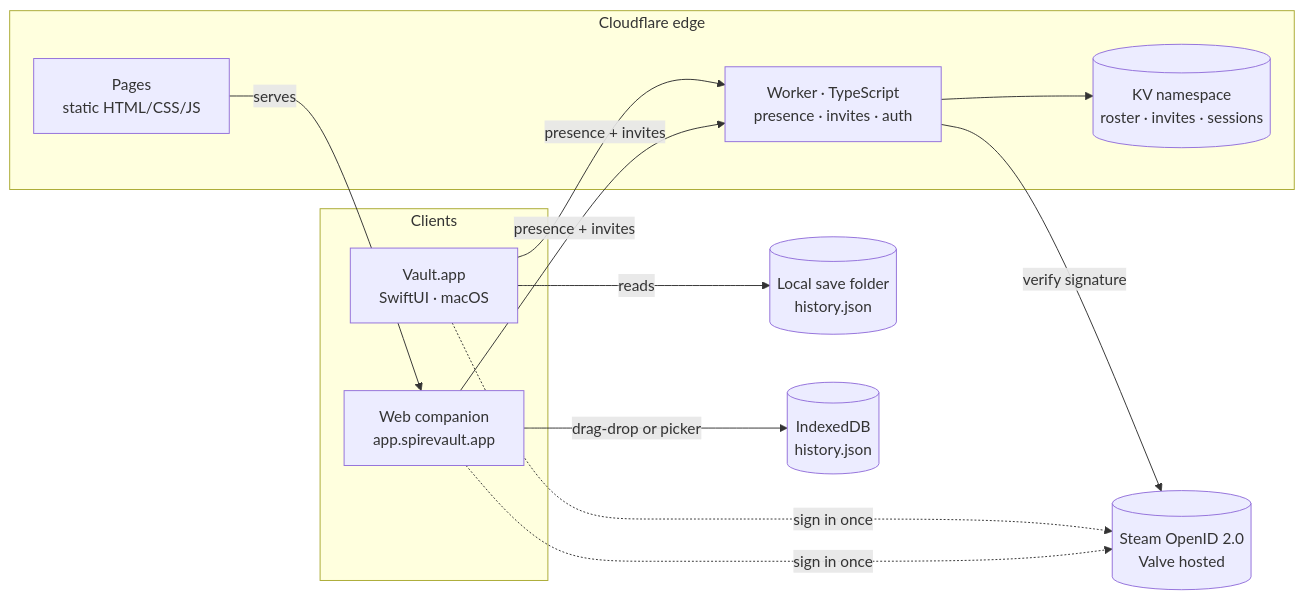
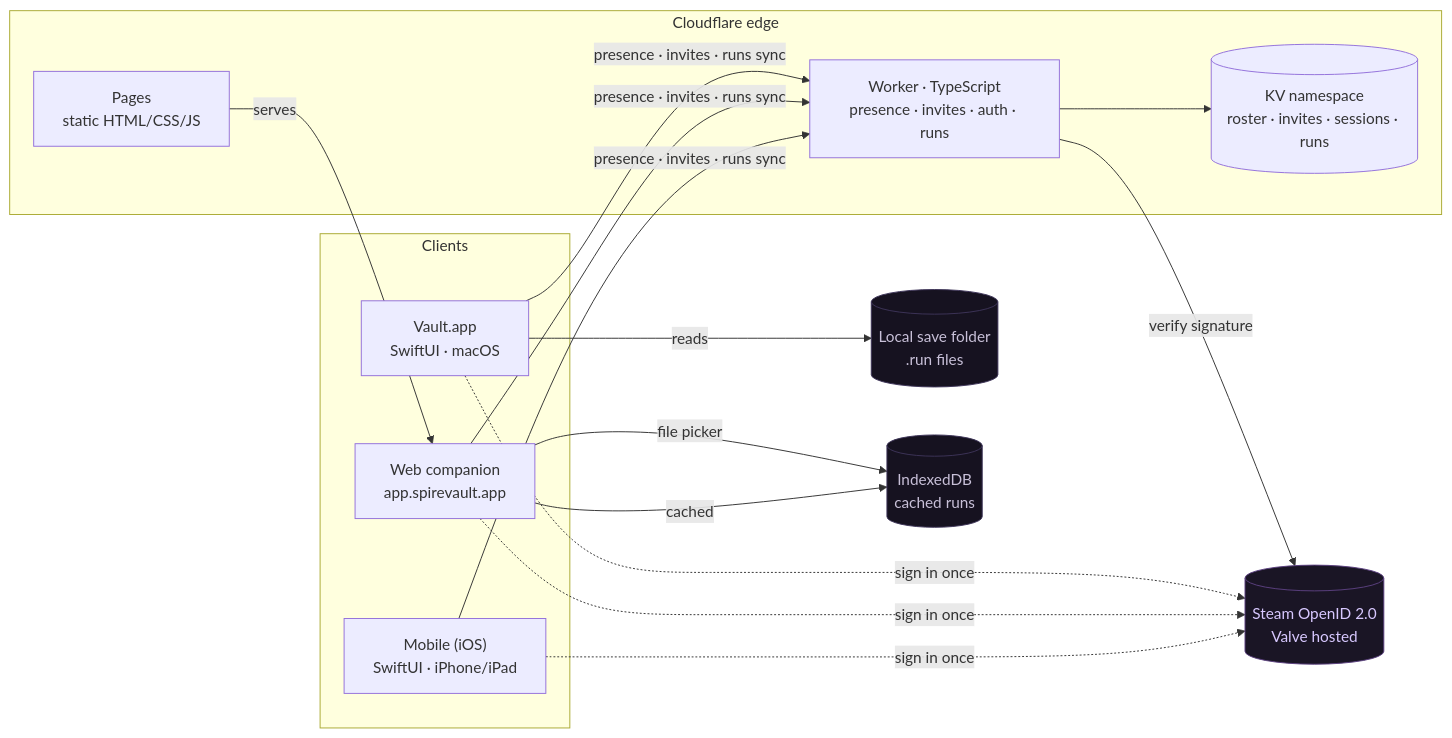
One commit to c3rooks/SpireVault changed the diagram in README.md. Above: the diagram before and after it, drawn with Mermaid. The commit also changed other lines of this file and 45 other files, not shown here.

First line of the commit message:
v0.5: cross-device run sync, image-rich Share-Run cards, banner redesign

````diff
--- a/README.md
+++ b/README.md
@@ -32,27 +32,36 @@
 ```mermaid
 flowchart LR
     subgraph clients["Clients"]
       Mac["Vault.app<br/>SwiftUI · macOS"]
       Web["Web companion<br/>app.spirevault.app"]
+      Mob["Mobile (iOS)<br/>SwiftUI · iPhone/iPad"]
     end
 
     subgraph cf["Cloudflare edge"]
       Pages["Pages<br/>static HTML/CSS/JS"]
-      Worker["Worker · TypeScript<br/>presence · invites · auth"]
-      KV[("KV namespace<br/>roster · invites · sessions")]
+      Worker["Worker · TypeScript<br/>presence · invites · auth · runs"]
+      KV[("KV namespace<br/>roster · invites · sessions · runs")]
     end
 
     Steam[("Steam OpenID 2.0<br/>Valve hosted")]
-    Disk[("Local save folder<br/>history.json")]
-    IDB[("IndexedDB<br/>history.json")]
+    Disk[("Local save folder<br/>.run files")]
+    IDB[("IndexedDB<br/>cached runs")]
 
     Mac -- reads --> Disk
-    Web -- drag-drop or picker --> IDB
-    Mac -- presence + invites --> Worker
-    Web -- presence + invites --> Worker
+    Web -- file picker --> IDB
+    Web -- cached --> IDB
+    Mac -- "presence · invites · runs sync" --> Worker
+    Web -- "presence · invites · runs sync" --> Worker
+    Mob -- "presence · invites · runs sync" --> Worker
     Pages -- serves --> Web
     Worker -- verify signature --> Steam
     Worker --> KV
     Mac -. sign in once .-> Steam
     Web -. sign in once .-> Steam
+    Mob -. sign in once .-> Steam
+
+    classDef ext fill:#1a1525,stroke:#5b4080,color:#d8c8ff;
+    classDef store fill:#161220,stroke:#3d3458,color:#c8c0d8;
+    class Steam ext
+    class Disk,IDB store
 ```
````
